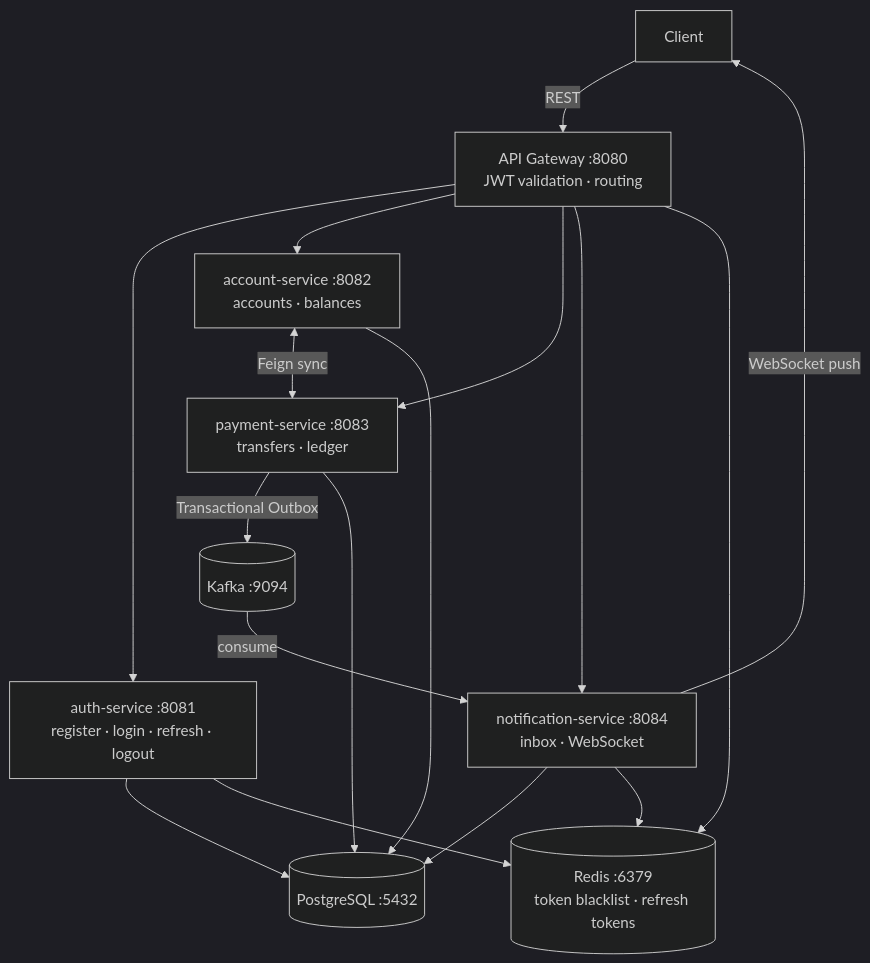
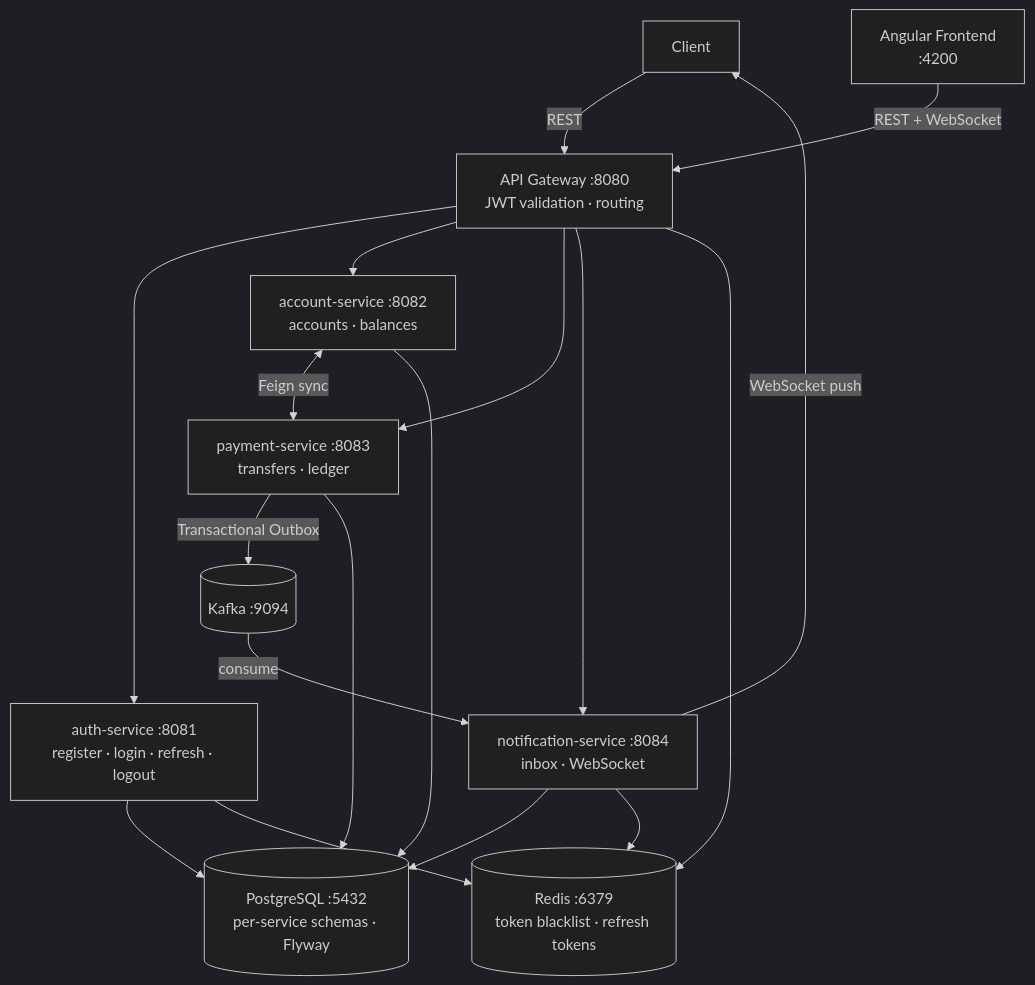
Before and after one commit to EmKonGa/banking-system: the diagram in README.md, drawn with Mermaid (dark theme). The commit also changed other lines of this file, not shown here.

Commit message:
docs: update README with Phase 1a/2 features, frontend, Flyway, and pagination

````diff
--- a/README.md
+++ b/README.md
@@ -36,17 +42,19 @@
 ```mermaid
 flowchart TD
     Client -->|REST| GW["API Gateway :8080\nJWT validation · routing"]
 
     GW --> AUTH["auth-service :8081\nregister · login · refresh · logout"]
     GW --> ACC["account-service :8082\naccounts · balances"]
     GW --> PAY["payment-service :8083\ntransfers · ledger"]
     GW --> NOTIF["notification-service :8084\ninbox · WebSocket"]
 
     ACC <-->|Feign sync| PAY
     PAY -->|Transactional Outbox| KAFKA[("Kafka :9094")]
     KAFKA -->|consume| NOTIF
     NOTIF -->|WebSocket push| Client
 
-    AUTH & ACC & PAY & NOTIF --> PG[("PostgreSQL :5432")]
+    AUTH & ACC & PAY & NOTIF --> PG[("PostgreSQL :5432\nper-service schemas · Flyway")]
     GW & AUTH & NOTIF --> REDIS[("Redis :6379\ntoken blacklist · refresh tokens")]
+
+    FE["Angular Frontend\n:4200"] -->|REST + WebSocket| GW
 ```
````
